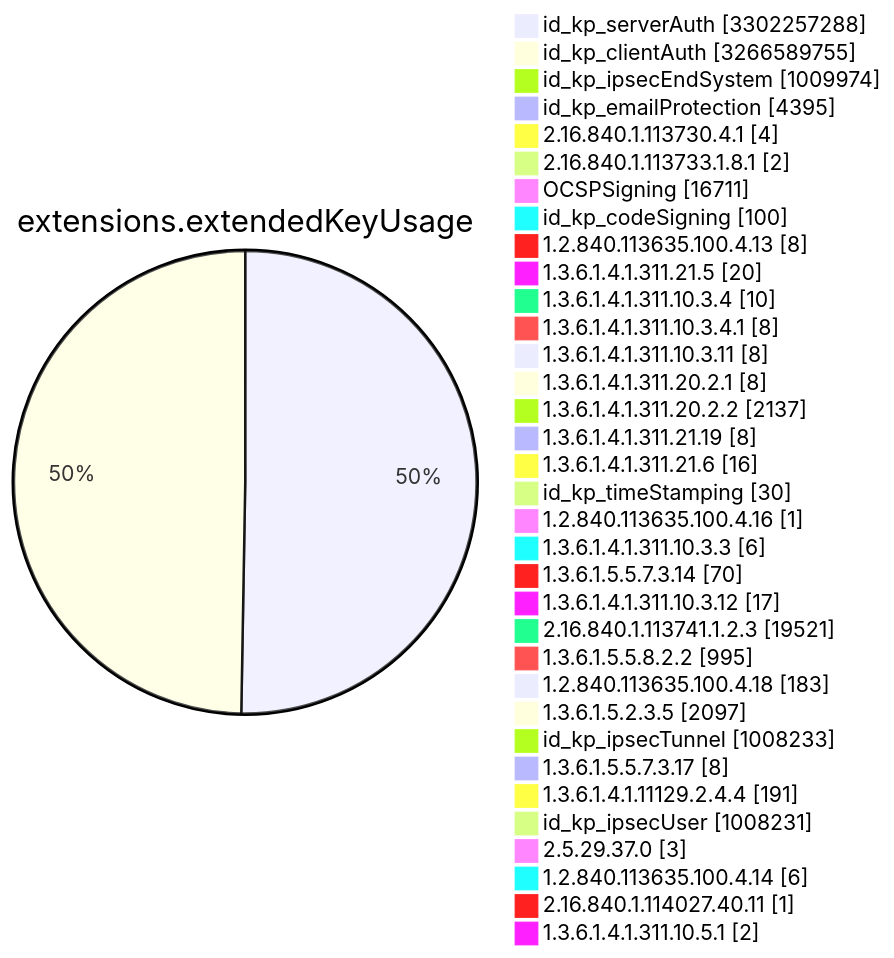
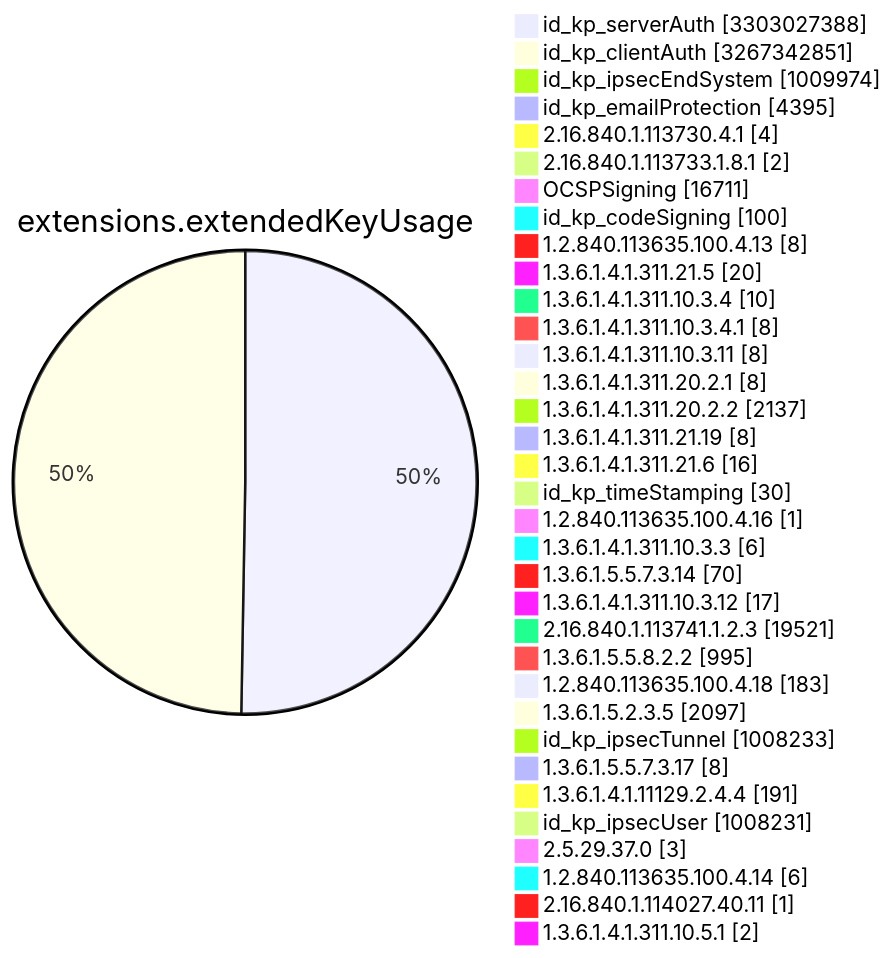
Before and after one commit to christiankrug/ctmonitor_visualization: diagram 11 of 15 in TOTAL/README.md, drawn with Mermaid. The commit also changed other lines of this file, not shown here.

````diff
--- a/TOTAL/README.md
+++ b/TOTAL/README.md
@@ -4120,38 +4120,38 @@
 ```mermaid
 pie showData
 title extensions.extendedKeyUsage
-"id_kp_serverAuth" :3302257288
-"id_kp_clientAuth" :3266589755
+"id_kp_serverAuth" :3303027388
+"id_kp_clientAuth" :3267342851
 "id_kp_ipsecEndSystem" :1009974
 "id_kp_emailProtection" :4395
 "2.16.840.1.113730.4.1" :4
 "2.16.840.1.113733.1.8.1" :2
 "OCSPSigning" :16711
 "id_kp_codeSigning" :100
 "1.2.840.113635.100.4.13" :8
 "1.3.6.1.4.1.311.21.5" :20
 "1.3.6.1.4.1.311.10.3.4" :10
 "1.3.6.1.4.1.311.10.3.4.1" :8
 "1.3.6.1.4.1.311.10.3.11" :8
 "1.3.6.1.4.1.311.20.2.1" :8
 "1.3.6.1.4.1.311.20.2.2" :2137
 "1.3.6.1.4.1.311.21.19" :8
 "1.3.6.1.4.1.311.21.6" :16
 "id_kp_timeStamping" :30
 "1.2.840.113635.100.4.16" :1
 "1.3.6.1.4.1.311.10.3.3" :6
 "1.3.6.1.5.5.7.3.14" :70
 "1.3.6.1.4.1.311.10.3.12" :17
 "2.16.840.1.113741.1.2.3" :19521
 "1.3.6.1.5.5.8.2.2" :995
 "1.2.840.113635.100.4.18" :183
 "1.3.6.1.5.2.3.5" :2097
 "id_kp_ipsecTunnel" :1008233
 "1.3.6.1.5.5.7.3.17" :8
 "1.3.6.1.4.1.11129.2.4.4" :191
 "id_kp_ipsecUser" :1008231
 "2.5.29.37.0" :3
 "1.2.840.113635.100.4.14" :6
 "2.16.840.1.114027.40.11" :1
 "1.3.6.1.4.1.311.10.5.1" :2
 ```
````
